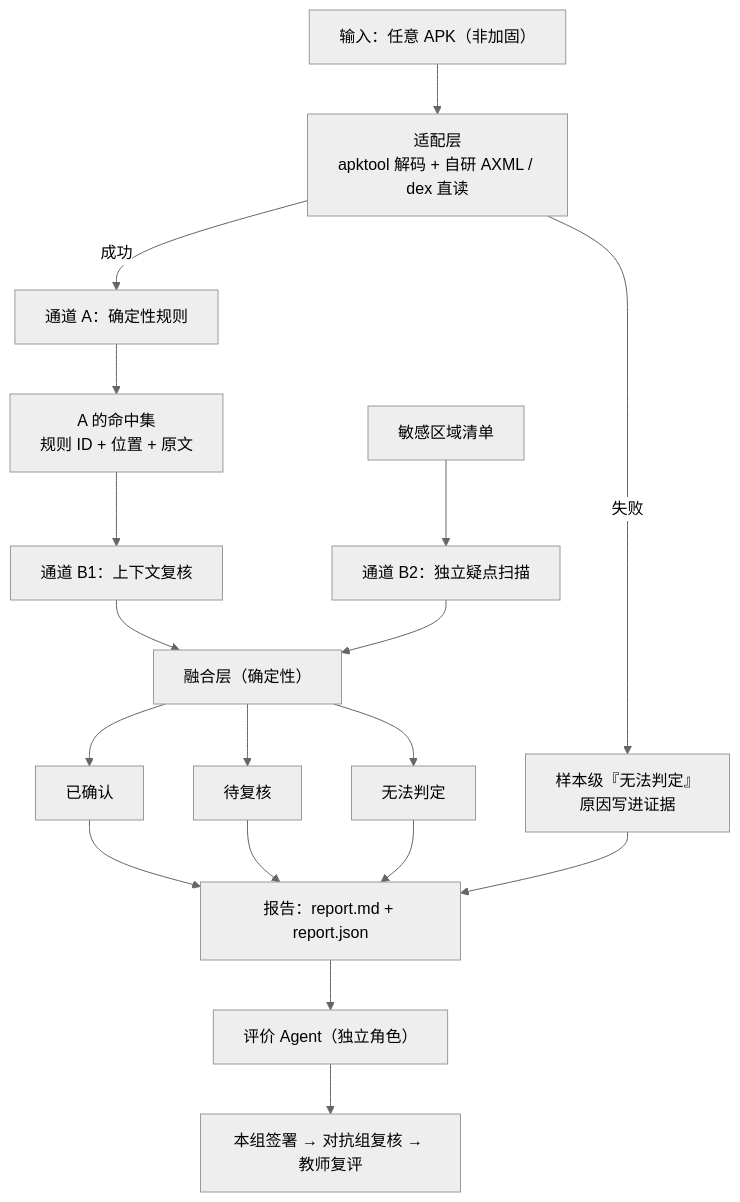
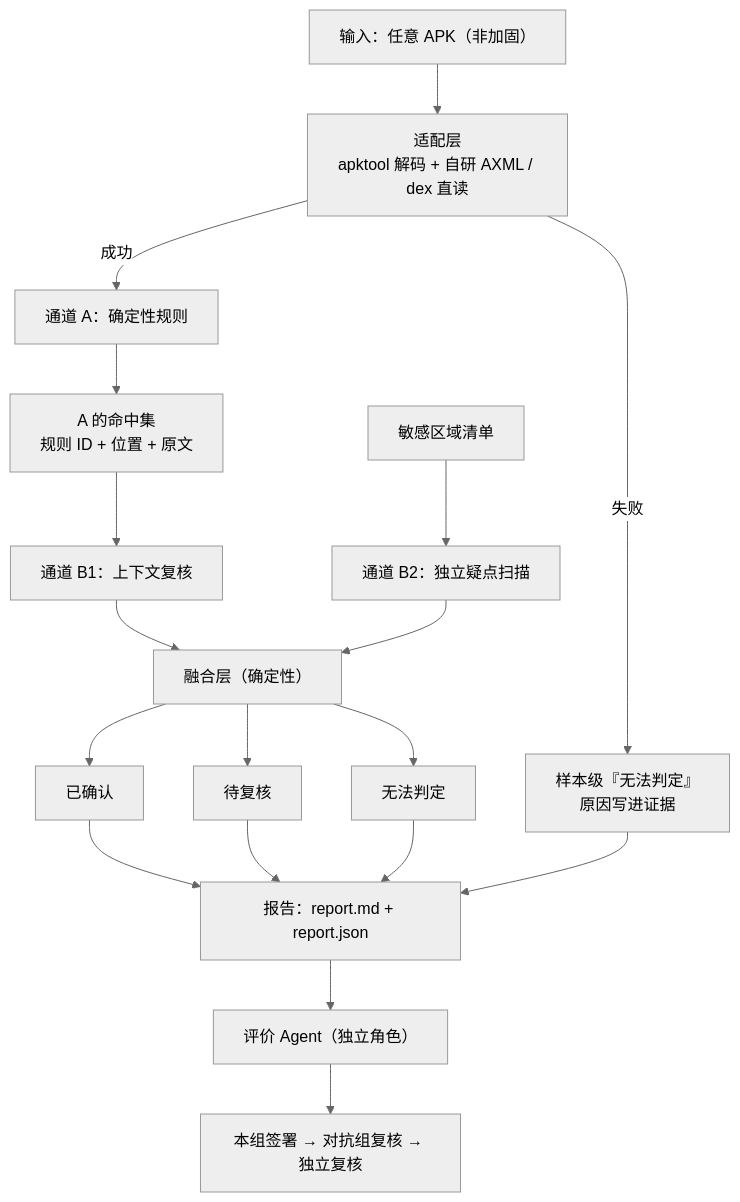
One commit to zzyxs05/professional changed the diagram in 总档.md. Above: the diagram before and after it, drawn with Mermaid (neutral theme). The commit also changed other lines of this file and 171 other files, not shown here.

````diff
--- a/总档.md
+++ b/总档.md
@@ -125,20 +125,20 @@
 ```mermaid
 flowchart TD
     IN["输入：任意 APK（非加固）"] --> AD["适配层<br/>apktool 解码 + 自研 AXML / dex 直读"]
     AD -->|成功| A["通道 A：确定性规则"]
     AD -->|失败| L0["样本级『无法判定』<br/>原因写进证据"]
     A --> HITS["A 的命中集<br/>规则 ID + 位置 + 原文"]
     HITS --> B1["通道 B1：上下文复核"]
     AREA["敏感区域清单"] --> B2["通道 B2：独立疑点扫描"]
     B1 --> FUS["融合层（确定性）"]
     B2 --> FUS
     FUS --> D1["已确认"]
     FUS --> D2["待复核"]
     FUS --> D3["无法判定"]
     D1 --> REP["报告：report.md + report.json"]
     D2 --> REP
     D3 --> REP
     REP --> EV["评价 Agent（独立角色）"]
-    EV --> SIGN["本组签署 → 对抗组复核 → 教师复评"]
+    EV --> SIGN["本组签署 → 对抗组复核 → 独立复核"]
     L0 --> REP
 ```
````
